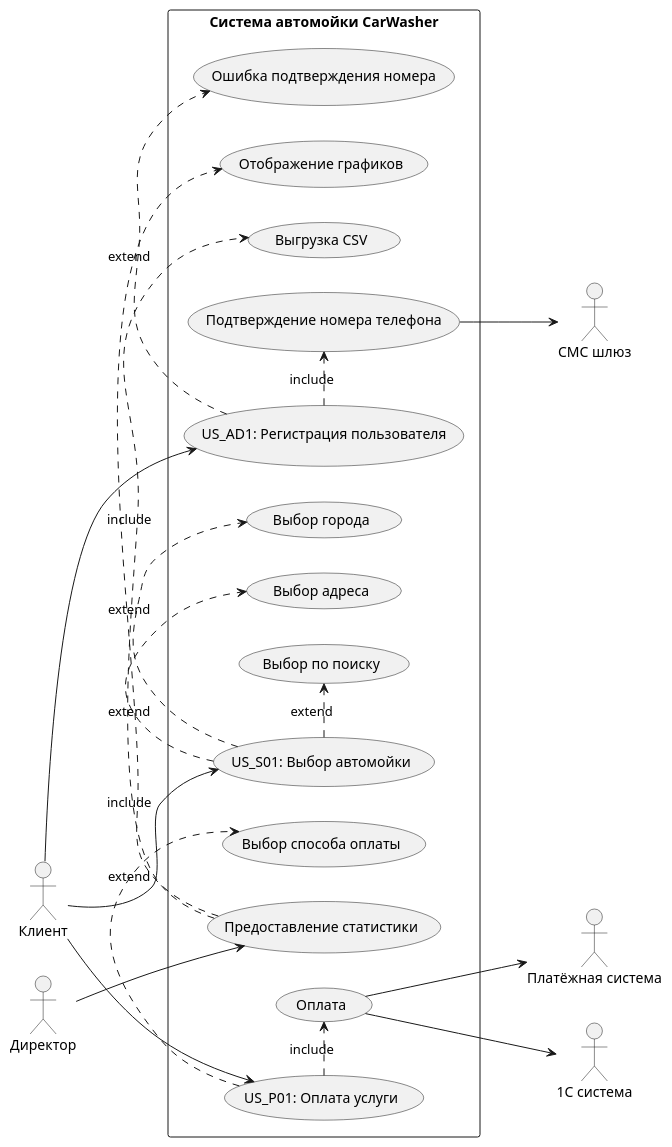
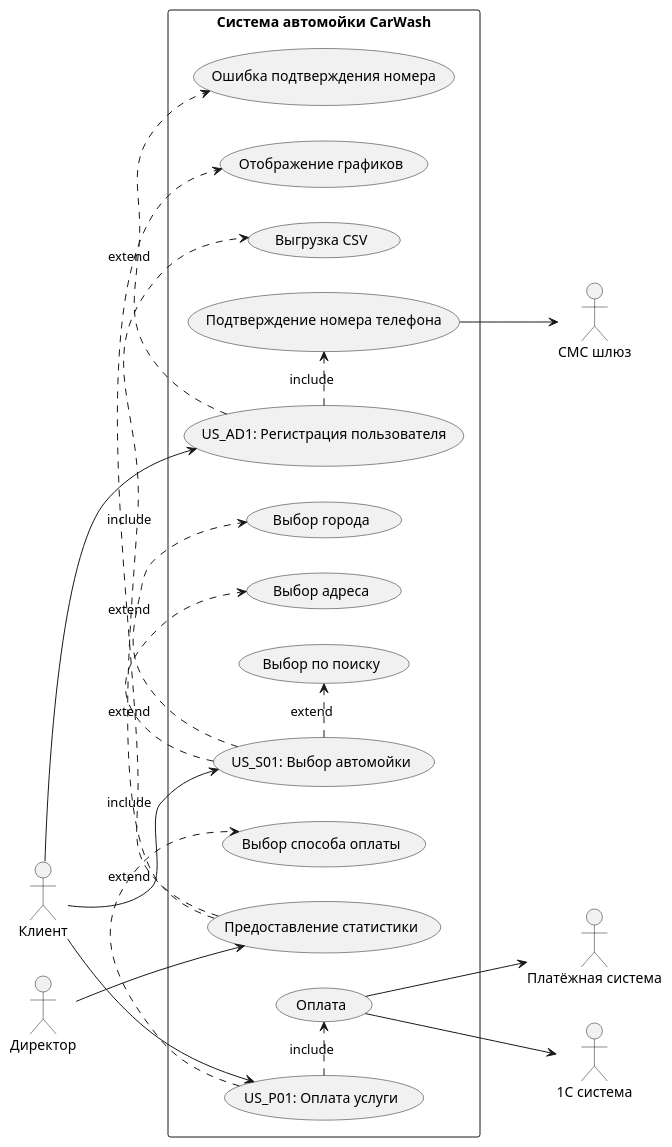
One commit to qnrcrd/Powerwash_proj changed the diagram in usecase.plantuml. Above: the diagram before and after it, drawn with PlantUML.

```diff
--- a/usecase.plantuml
+++ b/usecase.plantuml
@@ -1,47 +1,47 @@
 @startuml
 left to right direction
 skinparam packageStyle rectangle
 
 actor "Клиент" as Client
 actor "Директор" as Director
 actor "СМС шлюз" as SMS
 actor "Платёжная система" as PaymentSystem
 actor "1С система" as System1C
 
-rectangle "Система автомойки CarWasher" {
+rectangle "Система автомойки CarWash" {
   usecase "US_AD1: Регистрация пользователя" as UC1
   usecase "Подтверждение номера телефона" as UC2
   usecase "Ошибка подтверждения номера" as UC21
   usecase "US_S01: Выбор автомойки" as UC3
   usecase "Выбор города" as UC4
   usecase "Выбор адреса" as UC5
   usecase "Выбор по поиску" as UC6
   usecase "US_P01: Оплата услуги" as UC7
   usecase "Оплата" as UC71
   usecase "Выбор способа оплаты" as UC8
   usecase "Предоставление статистики" as UC9
   usecase "Отображение графиков" as UC10
   usecase "Выгрузка CSV" as UC11
 }
 
 Client --> UC1
 Client --> UC3
 Client --> UC7
 
 Director --> UC9
 UC9 .>  UC10 : include
 UC9 .>  UC11 : include
 
 UC1 .> UC2 : include
 UC1 .> UC21 : extend
 UC2 --> SMS
 
 UC3 .> UC4 : extend
 UC3 .> UC5 : extend
 UC3 .> UC6 : extend
 
 UC7 .> UC8 : extend
 UC7 .> UC71 : include
 UC71 --> PaymentSystem
 UC71 --> System1C
 @enduml
```
